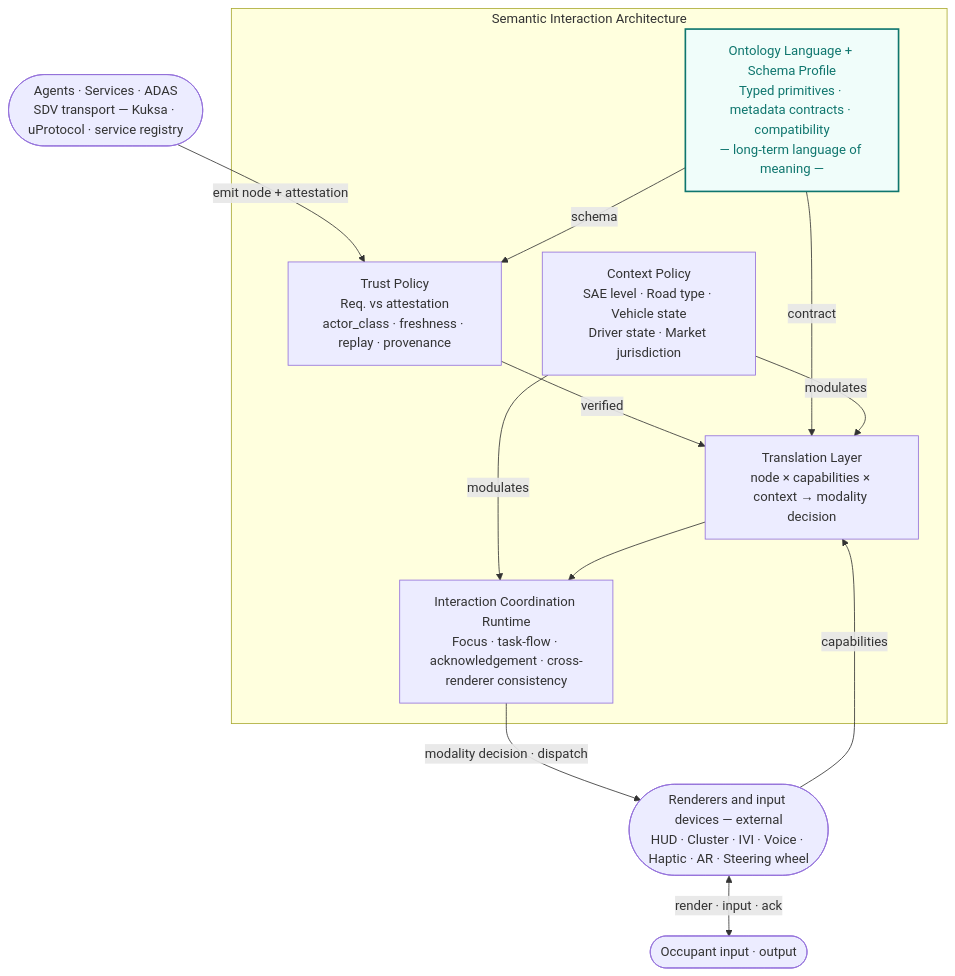
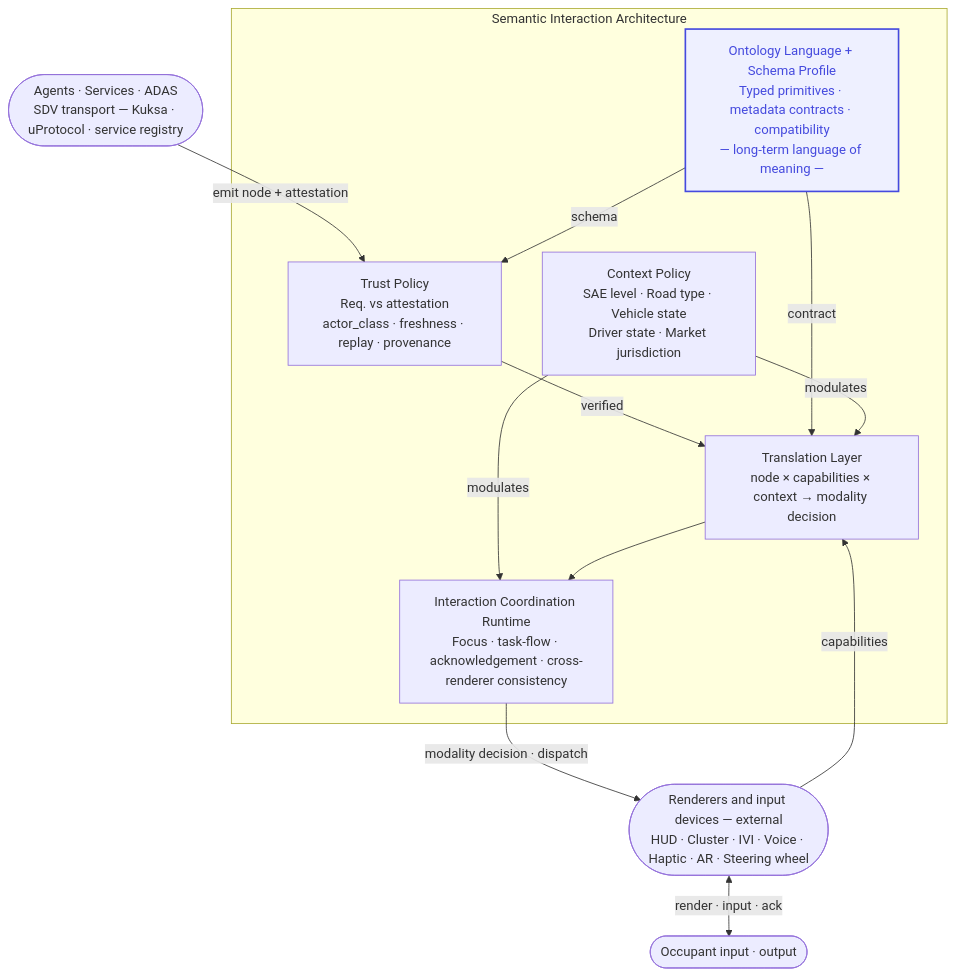
Before and after one commit to yaneczech/SIA: the second of 3 diagrams in 01_Semantic-Interaction-Architecture-sdv.md, drawn with Mermaid. The commit also changed other lines of this file and 9 other files, not shown here.

````diff
--- a/01_Semantic-Interaction-Architecture-sdv.md
+++ b/01_Semantic-Interaction-Architecture-sdv.md
@@ -98,27 +100,27 @@
 ```mermaid
 graph TB
     EXT2(["Agents · Services · ADAS\nSDV transport — Kuksa · uProtocol · service registry"])
     EXT_R(["Renderers and input devices — external\nHUD · Cluster · IVI · Voice · Haptic · AR · Steering wheel"])
     EXT1(["Occupant input · output"])
 
     subgraph SIA ["Semantic Interaction Architecture"]
         O["Ontology Language + Schema Profile\nTyped primitives · metadata contracts · compatibility\n— long-term language of meaning —"]
         TL["Trust Policy\nReq. vs attestation\nactor_class · freshness · replay · provenance"]
         CE["Context Policy\nSAE level · Road type · Vehicle state\nDriver state · Market jurisdiction"]
         T["Translation Layer\nnode × capabilities × context → modality decision"]
         RT["Interaction Coordination Runtime\nFocus · task-flow · acknowledgement · cross-renderer consistency"]
     end
 
     EXT2 -->|"emit node + attestation"| TL
     O -->|"schema"| TL
     TL -->|"verified"| T
     O -->|"contract"| T
     EXT_R -->|"capabilities"| T
     CE -->|"modulates"| T
     CE -->|"modulates"| RT
     T --> RT
     RT -->|"modality decision · dispatch"| EXT_R
     EXT_R <-->|"render · input · ack"| EXT1
 
-    style O fill:#f0fdfa,stroke:#0f766e,stroke-width:2px,color:#0f766e
+    style O fill:#eef0ff,stroke:#454ADE,stroke-width:2px,color:#454ADE
 ```
````
